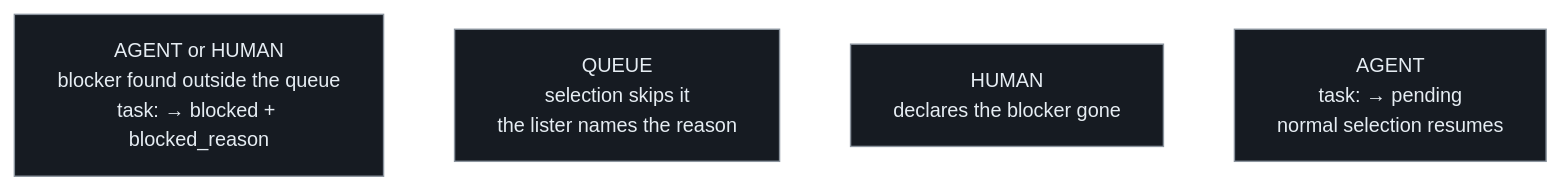
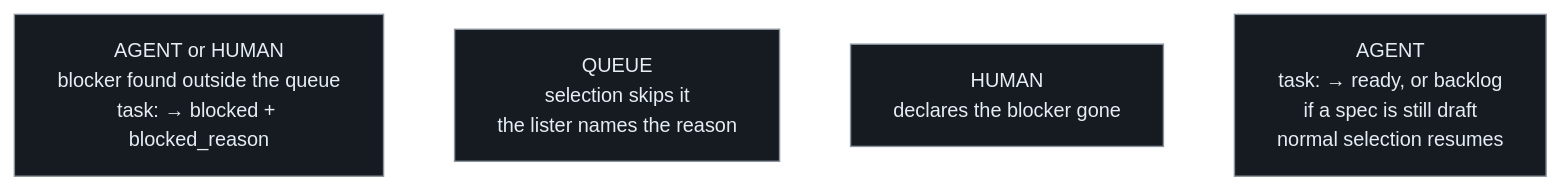
One commit to thomasfranke/writrun changed the second of 2 diagrams in docs/product/tasks-and-specs/conflicts.md. Above: the diagram before and after it, drawn with Mermaid. The commit also changed 20 other files, not shown here.

````diff
--- a/docs/product/tasks-and-specs/conflicts.md
+++ b/docs/product/tasks-and-specs/conflicts.md
@@ -32,9 +32,9 @@
 ```mermaid
 %%{init: {'theme':'base','themeVariables':{'background':'#0d1117','primaryColor':'#161b22','primaryTextColor':'#e6edf3','primaryBorderColor':'#8b949e','lineColor':'#ffffff','secondaryColor':'#161b22','tertiaryColor':'#161b22','fontSize':'14px'}}}%%
 flowchart LR
     A["AGENT or HUMAN<br/>blocker found outside the queue<br/>task: → blocked + blocked_reason"]
     B["QUEUE<br/>selection skips it<br/>the lister names the reason"]
     C["HUMAN<br/>declares the blocker gone"]
-    D["AGENT<br/>task: → pending<br/>normal selection resumes"]
+    D["AGENT<br/>task: → ready, or backlog<br/>if a spec is still draft<br/>normal selection resumes"]
     A --> B --> C --> D
 ```
````
